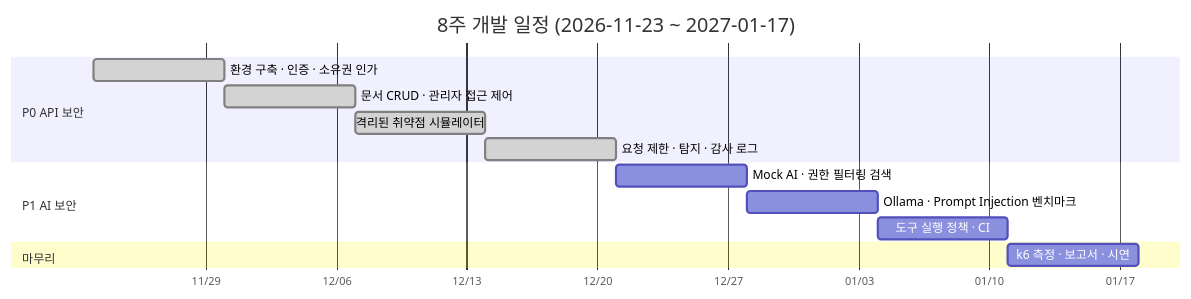
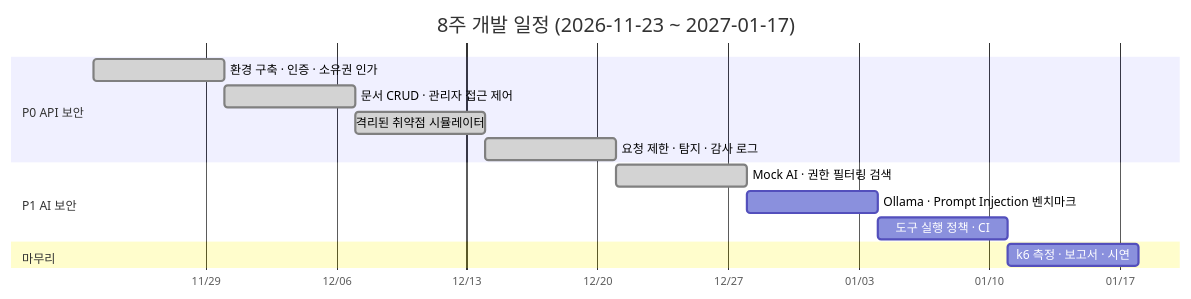
The second of 2 diagrams in README.md (Ohhaeseo/securelab-ai), drawn with Mermaid before and after one commit. The commit also changed other lines of this file and 34 other files, not shown here.

First line of the commit message:
5주차: Mock AI 문서 도우미, 권한 필터링 검색 (AI-03), I-2 스키마

````diff
--- a/README.md
+++ b/README.md
@@ -204,17 +206,17 @@
 ```mermaid
 gantt
   title 8주 개발 일정 (2026-11-23 ~ 2027-01-17)
   dateFormat YYYY-MM-DD
   axisFormat %m/%d
   section P0 API 보안
   환경 구축 · 인증 · 소유권 인가   :done, w1, 2026-11-23, 7d
   문서 CRUD · 관리자 접근 제어     :done, w2, after w1, 7d
   격리된 취약점 시뮬레이터          :done, w3, after w2, 7d
   요청 제한 · 탐지 · 감사 로그      :done, w4, after w3, 7d
   section P1 AI 보안
-  Mock AI · 권한 필터링 검색       :w5, after w4, 7d
+  Mock AI · 권한 필터링 검색       :done, w5, after w4, 7d
   Ollama · Prompt Injection 벤치마크 :w6, after w5, 7d
   도구 실행 정책 · CI              :w7, after w6, 7d
   section 마무리
   k6 측정 · 보고서 · 시연          :w8, after w7, 7d
 ```
````
